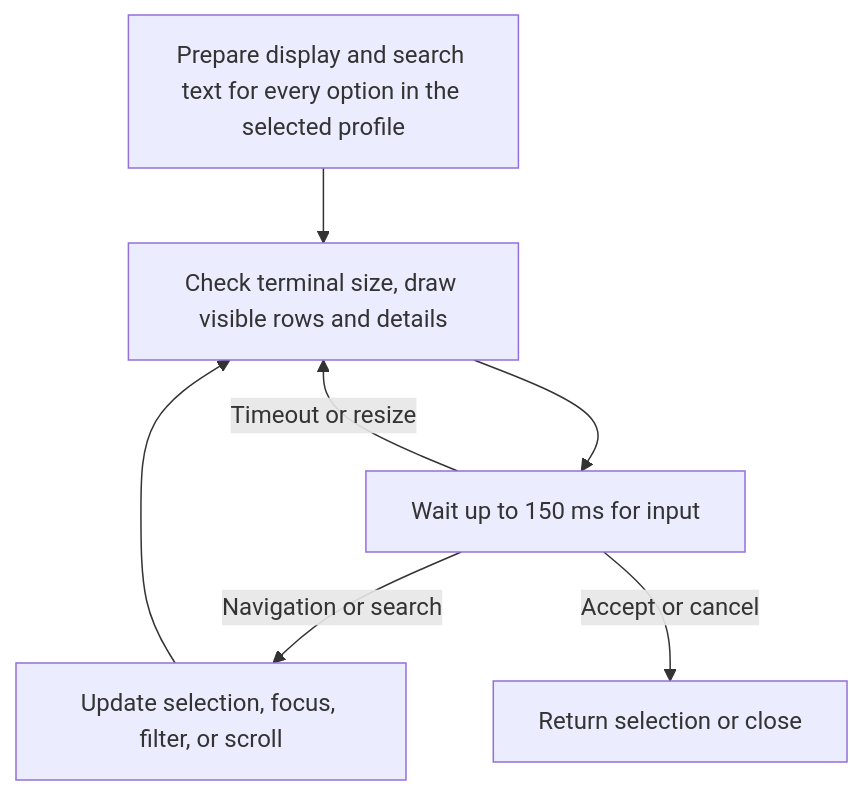
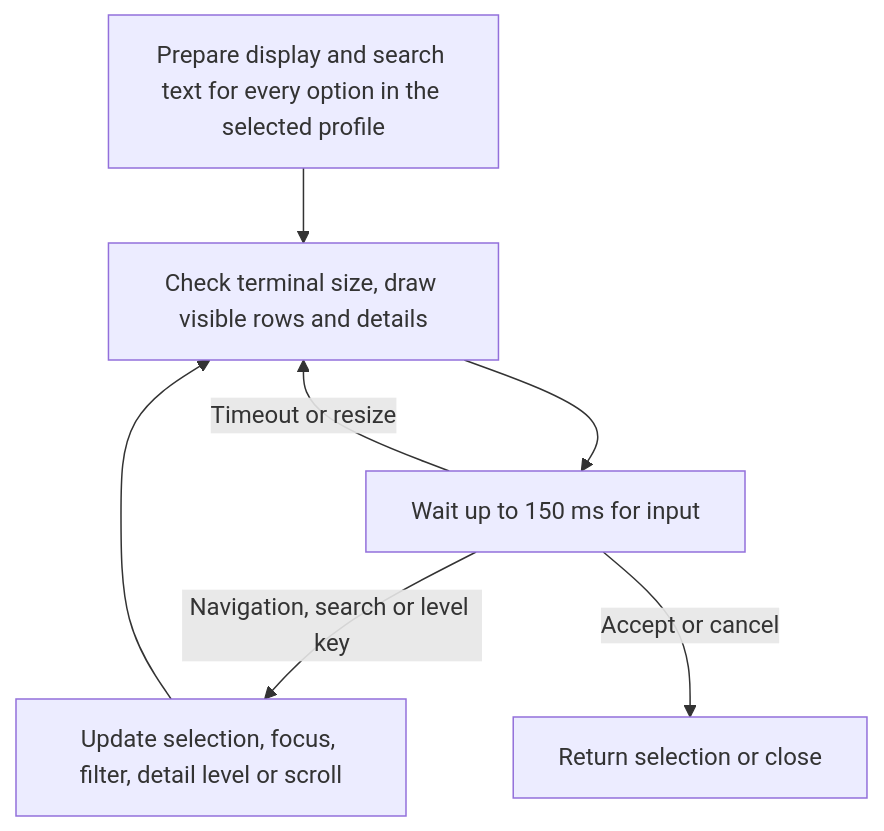
The third of 3 diagrams in docs/runtime-architecture.md (Usrnmna/CLI-InteractiveHelpMenu), drawn with Mermaid before and after one commit. The commit also changed other lines of this file and 87 other files, not shown here.

Commit message:
Simplify command menu architecture

````diff
--- a/docs/runtime-architecture.md
+++ b/docs/runtime-architecture.md
@@ -86,9 +86,9 @@
 ```mermaid
 flowchart TD
     P["Prepare display and search text for every option in the selected profile"] --> R["Check terminal size, draw visible rows and details"]
     R --> W["Wait up to 150 ms for input"]
     W -->|"Timeout or resize"| R
-    W -->|"Navigation or search"| U["Update selection, focus, filter, or scroll"]
+    W -->|"Navigation, search or level key"| U["Update selection, focus, filter, detail level or scroll"]
     U --> R
     W -->|"Accept or cancel"| E["Return selection or close"]
 ```
````
